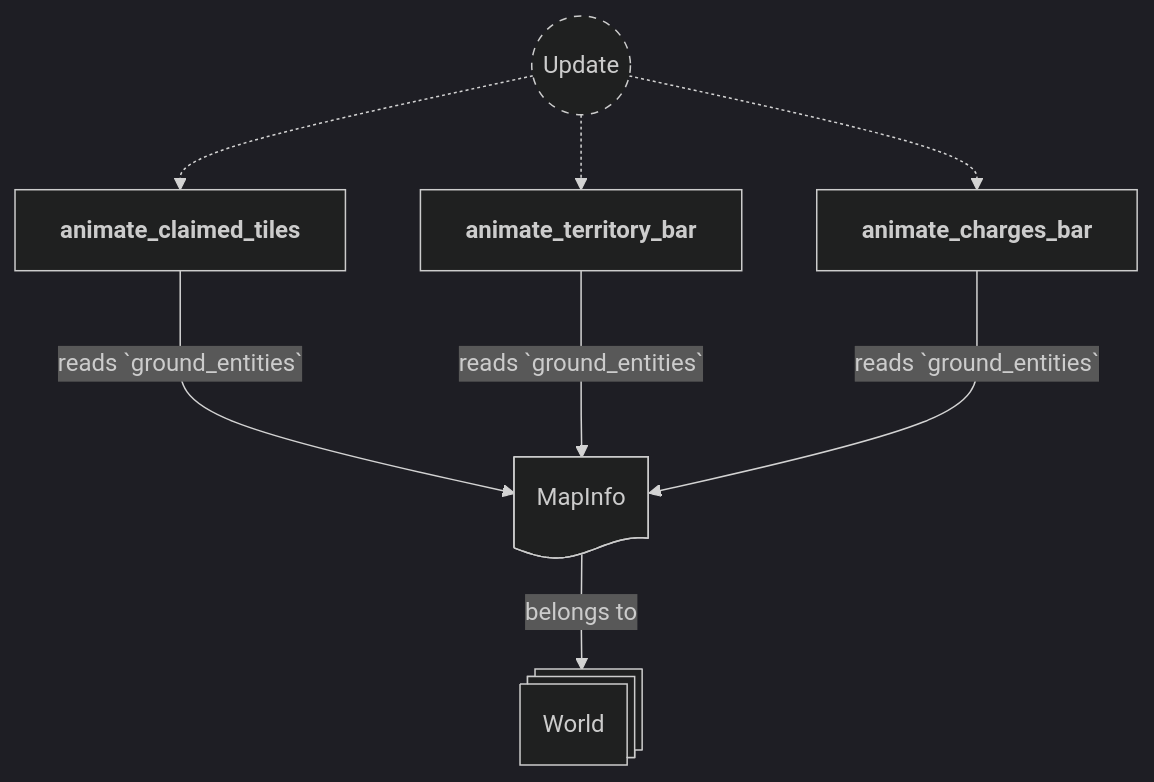
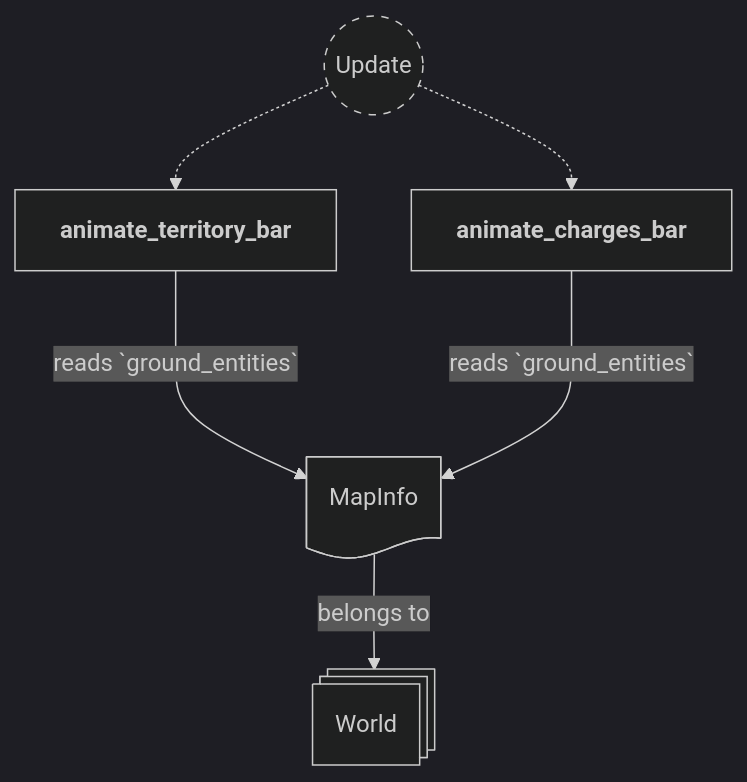
Before and after one commit to neurosoup/tyled: diagram 11 of 22 in backlog/docs/doc-14 - 012-HUD-plugin.md, drawn with Mermaid. The commit also changed other lines of this file and 2 other files, not shown here.

````diff
--- a/backlog/docs/doc-14 - 012-HUD-plugin.md
+++ b/backlog/docs/doc-14 - 012-HUD-plugin.md
@@ -411,27 +432,24 @@
 ```mermaid
 ---
 config:
   theme: dark
 ---
 
 flowchart TD
 classDef system-group stroke-dasharray: 5 5
 
 update(("`Update`")):::system-group
-animate_claimed_tiles["`**animate_claimed_tiles**`"]
 animate_territory_bar["`**animate_territory_bar**`"]
 animate_charges_bar["`**animate_charges_bar**`"]
 
-update -.-> animate_claimed_tiles
 update -.-> animate_territory_bar
 update -.-> animate_charges_bar
 
 world@{ shape: st-rect, label: "World" }
 map_info_res@{ shape: doc, label: "MapInfo" }
 
 map_info_res --> |belongs to| world
 
-animate_claimed_tiles ---> |reads `ground_entities`| map_info_res
 animate_territory_bar ---> |reads `ground_entities`| map_info_res
 animate_charges_bar ---> |reads `ground_entities`| map_info_res
 ```
````
